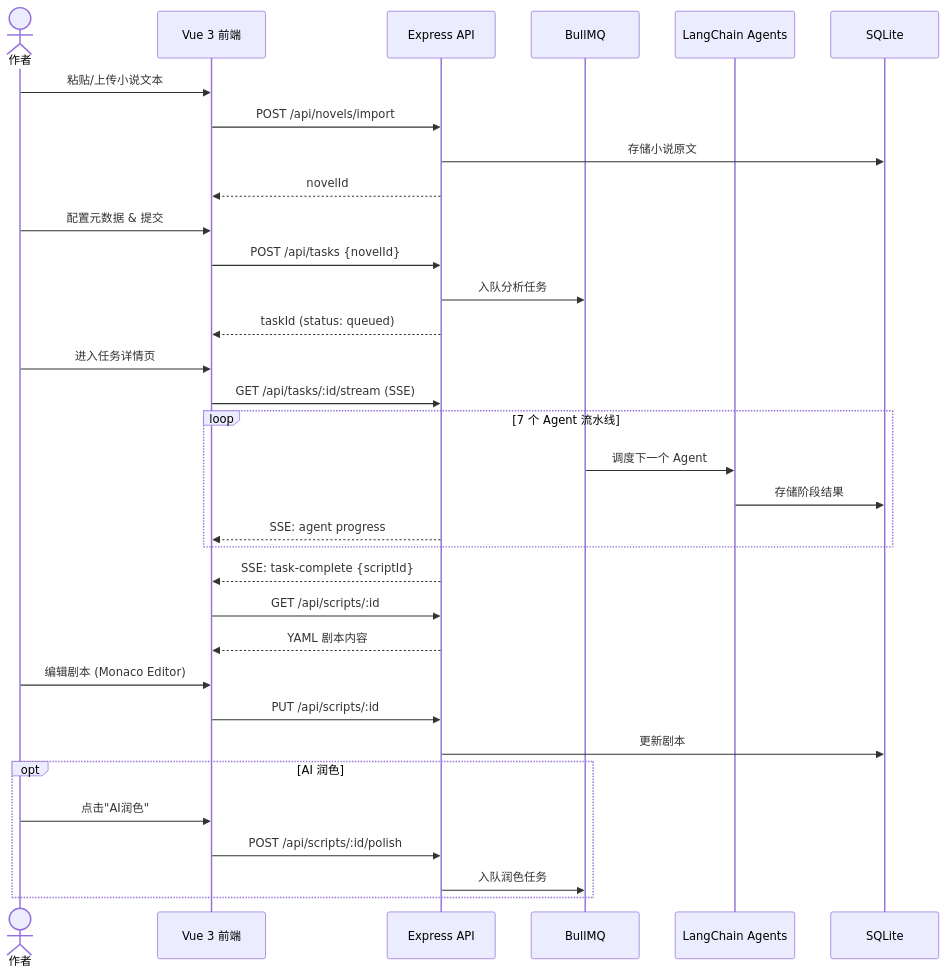
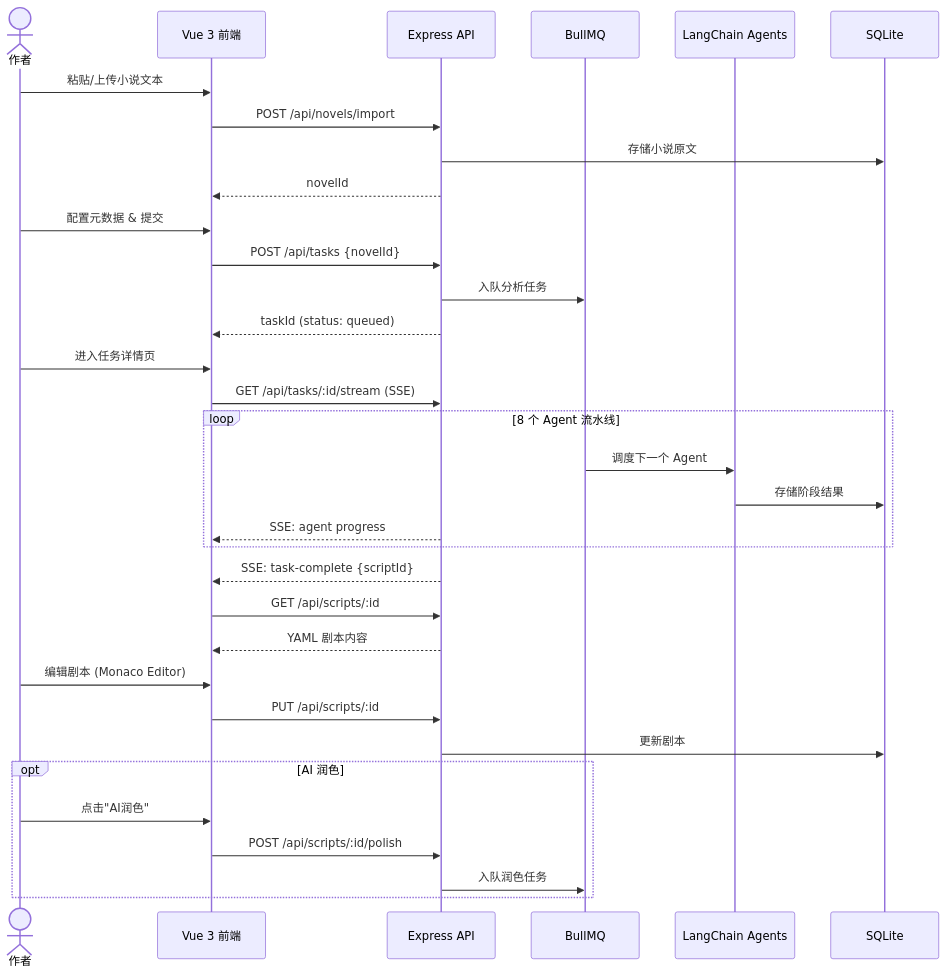
One commit to fen-zx/NovelToScript changed the second of 2 diagrams in docs/prem/PRD.md. Above: the diagram before and after it, drawn with Mermaid. The commit also changed other lines of this file and 23 other files, not shown here.

````diff
--- a/docs/prem/PRD.md
+++ b/docs/prem/PRD.md
@@ -464,42 +464,42 @@
 ```mermaid
 sequenceDiagram
     actor 作者
     participant 前端 as Vue 3 前端
     participant 后端 as Express API
     participant 队列 as BullMQ
     participant AI as LangChain Agents
     participant DB as SQLite
 
     作者->>前端: 粘贴/上传小说文本
     前端->>后端: POST /api/novels/import
     后端->>DB: 存储小说原文
     后端-->>前端: novelId
 
     作者->>前端: 配置元数据 & 提交
     前端->>后端: POST /api/tasks {novelId}
     后端->>队列: 入队分析任务
     后端-->>前端: taskId (status: queued)
 
     作者->>前端: 进入任务详情页
     前端->>后端: GET /api/tasks/:id/stream (SSE)
 
-    loop 7 个 Agent 流水线
+    loop 8 个 Agent 流水线
         队列->>AI: 调度下一个 Agent
         AI->>DB: 存储阶段结果
         后端-->>前端: SSE: agent progress
     end
 
     后端-->>前端: SSE: task-complete {scriptId}
     前端->>后端: GET /api/scripts/:id
     后端-->>前端: YAML 剧本内容
 
     作者->>前端: 编辑剧本 (Monaco Editor)
     前端->>后端: PUT /api/scripts/:id
     后端->>DB: 更新剧本
 
     opt AI 润色
         作者->>前端: 点击"AI润色"
         前端->>后端: POST /api/scripts/:id/polish
         后端->>队列: 入队润色任务
     end
 ```
````
